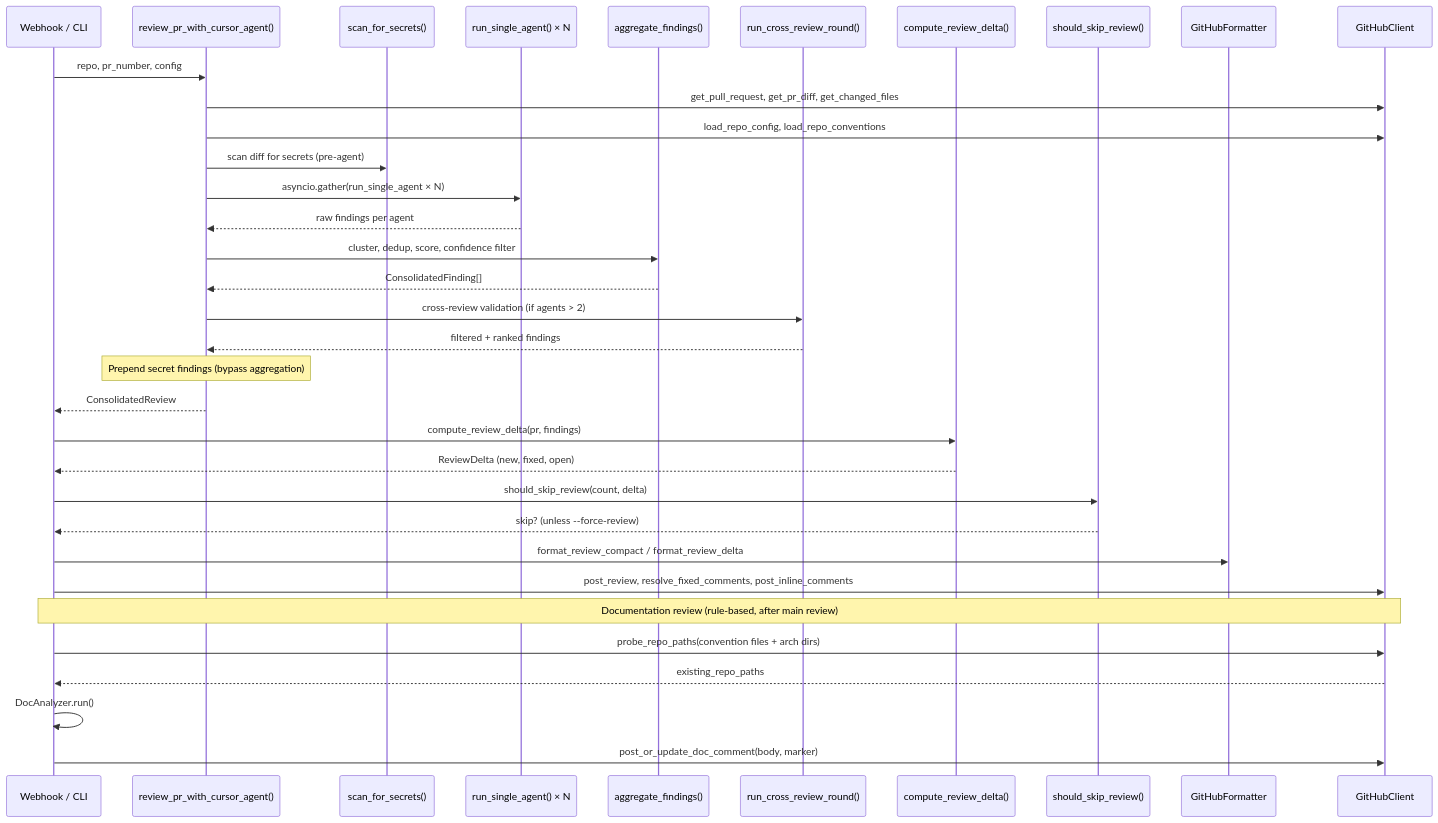
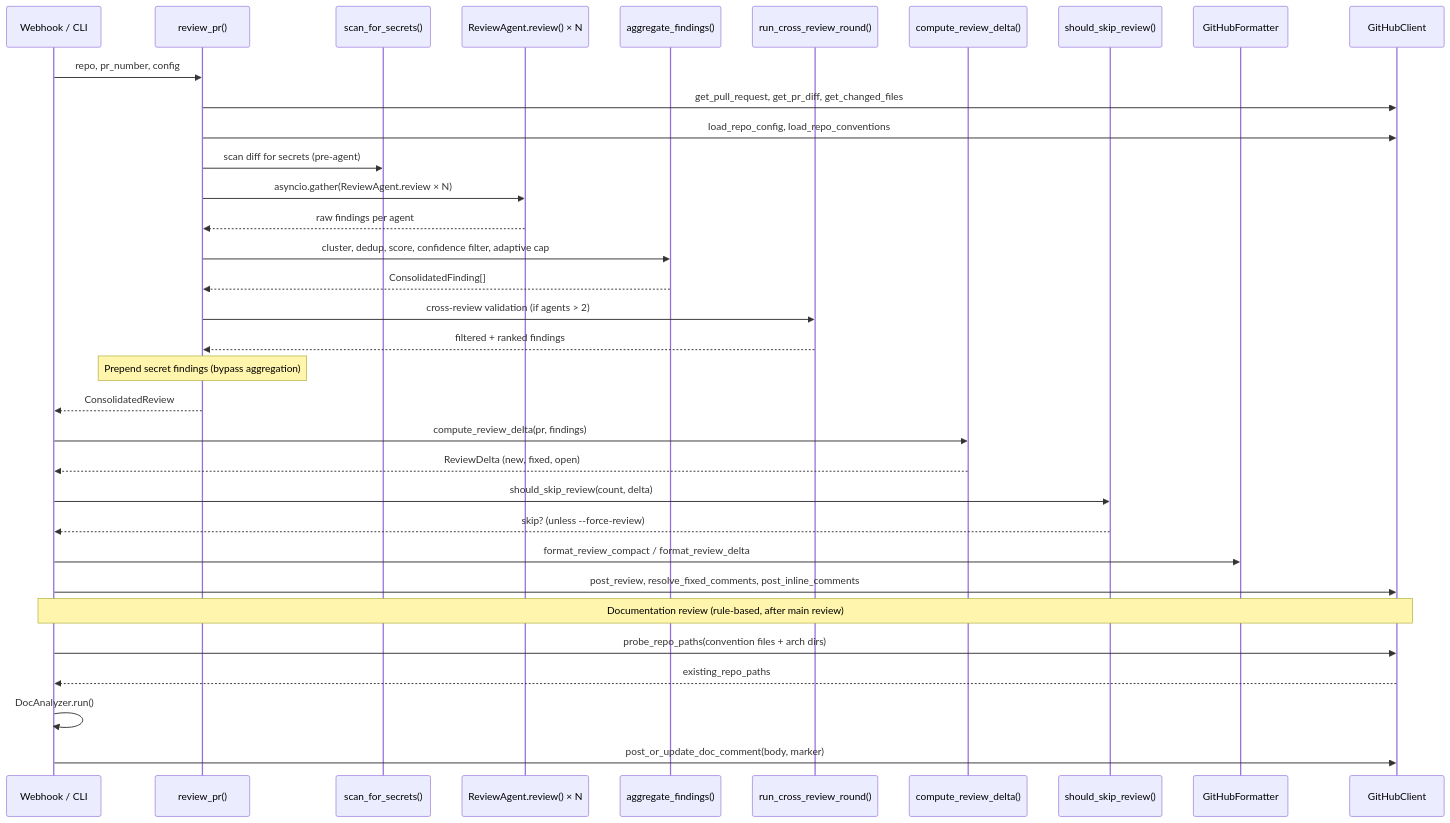
Before and after one commit to calimero-network/ai-code-reviewer: the second of 7 diagrams in docs/ARCHITECTURE.md, drawn with Mermaid. The commit also changed other lines of this file and 5 other files, not shown here.

````diff
--- a/docs/ARCHITECTURE.md
+++ b/docs/ARCHITECTURE.md
@@ -95,39 +94,39 @@
 ```mermaid
 sequenceDiagram
     participant Trigger as Webhook / CLI
-    participant Review as review_pr_with_cursor_agent()
+    participant Review as review_pr()
     participant Secret as scan_for_secrets()
-    participant Agent as run_single_agent() × N
+    participant Agent as ReviewAgent.review() × N
     participant Agg as aggregate_findings()
     participant XR as run_cross_review_round()
     participant Delta as compute_review_delta()
     participant Conv as should_skip_review()
     participant Fmt as GitHubFormatter
     participant GH as GitHubClient
 
     Trigger->>Review: repo, pr_number, config
     Review->>GH: get_pull_request, get_pr_diff, get_changed_files
     Review->>GH: load_repo_config, load_repo_conventions
     Review->>Secret: scan diff for secrets (pre-agent)
-    Review->>Agent: asyncio.gather(run_single_agent × N)
+    Review->>Agent: asyncio.gather(ReviewAgent.review × N)
     Agent-->>Review: raw findings per agent
-    Review->>Agg: cluster, dedup, score, confidence filter
+    Review->>Agg: cluster, dedup, score, confidence filter, adaptive cap
     Agg-->>Review: ConsolidatedFinding[]
     Review->>XR: cross-review validation (if agents > 2)
     XR-->>Review: filtered + ranked findings
     Note over Review: Prepend secret findings (bypass aggregation)
     Review-->>Trigger: ConsolidatedReview
 
     Trigger->>Delta: compute_review_delta(pr, findings)
     Delta-->>Trigger: ReviewDelta (new, fixed, open)
     Trigger->>Conv: should_skip_review(count, delta)
     Conv-->>Trigger: skip? (unless --force-review)
     Trigger->>Fmt: format_review_compact / format_review_delta
     Trigger->>GH: post_review, resolve_fixed_comments, post_inline_comments
 
     Note over Trigger,GH: Documentation review (rule-based, after main review)
     Trigger->>GH: probe_repo_paths(convention files + arch dirs)
     GH-->>Trigger: existing_repo_paths
     Trigger->>Trigger: DocAnalyzer.run()
     Trigger->>GH: post_or_update_doc_comment(body, marker)
 ```
````
